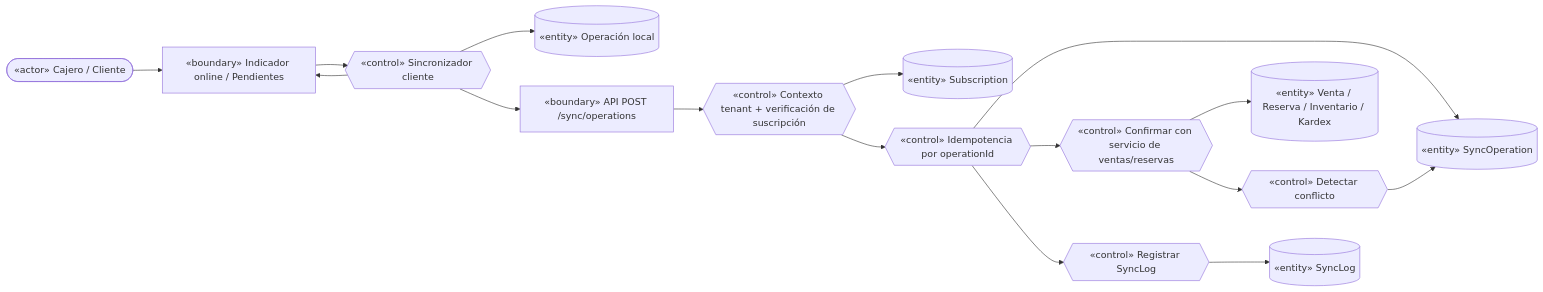
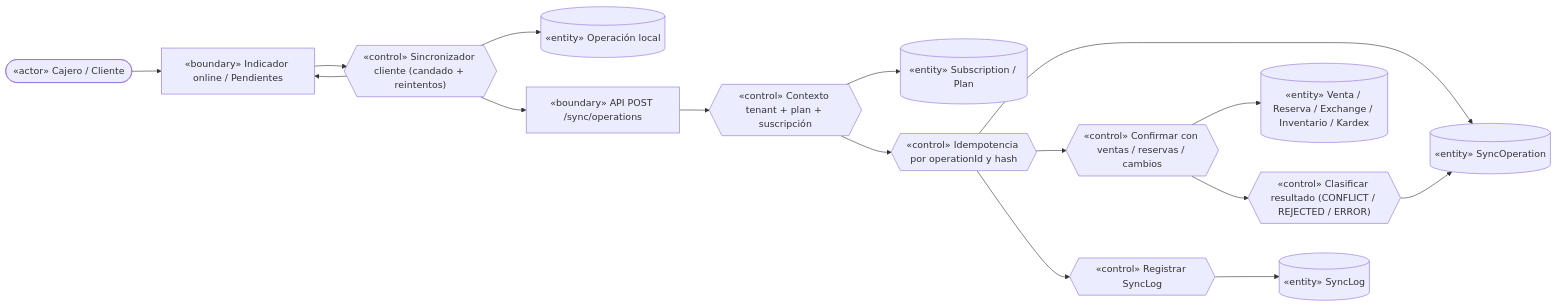
One commit to BrayanG123/parcial_actualizado changed the sixth of 26 diagrams in docs/ICONIX_Parcial2.md. Above: the diagram before and after it, drawn with Mermaid. The commit also changed other lines of this file and 1 other file, not shown here.

````diff
--- a/docs/ICONIX_Parcial2.md
+++ b/docs/ICONIX_Parcial2.md
@@ -352,18 +404,18 @@
 ```mermaid
 flowchart LR
   A(["«actor» Cajero / Cliente"]) --> B1["«boundary» Indicador online / Pendientes"]
-  B1 --> C1{{"«control» Sincronizador cliente"}}
+  B1 --> C1{{"«control» Sincronizador cliente (candado + reintentos)"}}
   C1 --> E1[("«entity» Operación local")]
   C1 --> B2["«boundary» API POST /sync/operations"]
-  B2 --> C2{{"«control» Contexto tenant + verificación de suscripción"}}
-  C2 --> E5[("«entity» Subscription")]
-  C2 --> C3{{"«control» Idempotencia por operationId"}}
+  B2 --> C2{{"«control» Contexto tenant + plan + suscripción"}}
+  C2 --> E5[("«entity» Subscription / Plan")]
+  C2 --> C3{{"«control» Idempotencia por operationId y hash"}}
   C3 --> E2[("«entity» SyncOperation")]
-  C3 --> C4{{"«control» Confirmar con servicio de ventas/reservas"}}
-  C4 --> E3[("«entity» Venta / Reserva / Inventario / Kardex")]
-  C4 --> C5{{"«control» Detectar conflicto"}}
+  C3 --> C4{{"«control» Confirmar con ventas / reservas / cambios"}}
+  C4 --> E3[("«entity» Venta / Reserva / Exchange / Inventario / Kardex")]
+  C4 --> C5{{"«control» Clasificar resultado (CONFLICT / REJECTED / ERROR)"}}
   C5 --> E2
   C3 --> C6{{"«control» Registrar SyncLog"}}
   C6 --> E4[("«entity» SyncLog")]
   C1 --> B1
 ```
````
